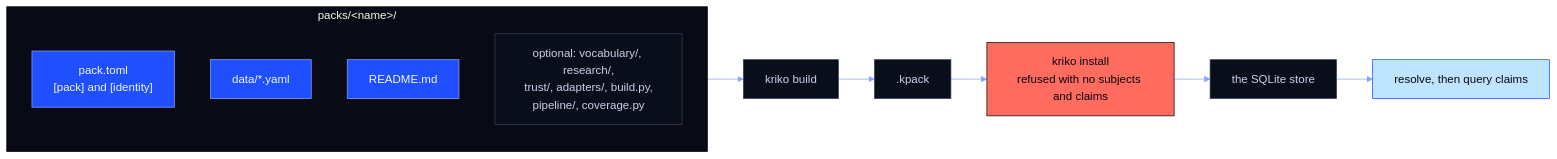
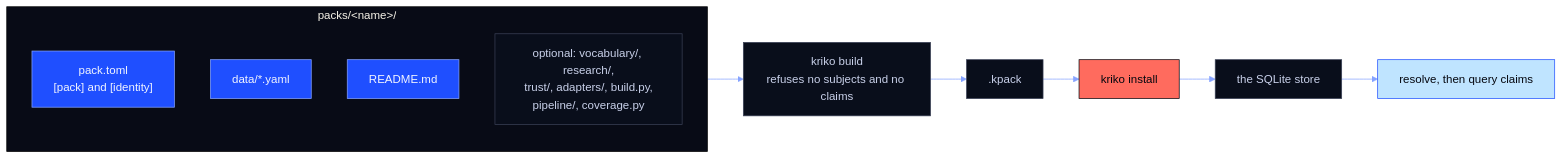
The diagram in docs/PACK_CONTRACT.md (Berbadov/kriko), drawn with Mermaid before and after one commit. The commit also changed other lines of this file and 10 other files, not shown here.

````diff
--- a/docs/PACK_CONTRACT.md
+++ b/docs/PACK_CONTRACT.md
@@ -18,25 +18,25 @@
 ```mermaid
 %%{init: {"theme":"base","themeVariables":{"fontFamily":"ui-monospace, SFMono-Regular, Consolas, monospace","primaryColor":"#090E1B","primaryTextColor":"#F2F5FF","primaryBorderColor":"#1F4FFF","lineColor":"#86A3FF","secondaryColor":"#1739C2","tertiaryColor":"#080B16","noteBkgColor":"#BFE4FF","noteTextColor":"#05070F","actorBkg":"#090E1B","actorTextColor":"#F2F5FF","actorBorder":"#1F4FFF","signalColor":"#86A3FF","signalTextColor":"#86A3FF"}}}%%
 flowchart LR
     subgraph DIR["packs/#lt;name#gt;/"]
         direction TB
         TOML["pack.toml<br/>[pack] and [identity]"]
         DATA["data/*.yaml"]
         README["README.md"]
         OPT["optional: vocabulary/, research/,<br/>trust/, adapters/, build.py,<br/>pipeline/, coverage.py"]
     end
-    DIR --> BUILD["kriko build"]
+    DIR --> BUILD["kriko build<br/>refuses no subjects and no claims"]
     BUILD --> KPACK[".kpack"]
-    KPACK --> INSTALL["kriko install<br/>refused with no subjects and claims"]
+    KPACK --> INSTALL["kriko install"]
     INSTALL --> STORE["the SQLite store"]
     STORE --> LOOKUP["resolve, then query claims"]
 
     classDef brand  fill:#1F4FFF,stroke:#86A3FF,color:#F2F5FF
     classDef plain  fill:#090E1B,stroke:#3A4156,color:#C9D1EA
     classDef ice    fill:#BFE4FF,stroke:#1F4FFF,color:#05070F
     classDef danger fill:#FF6B5E,stroke:#05070F,color:#05070F
     class TOML,DATA,README brand
     class OPT,BUILD,KPACK,STORE plain
     class INSTALL danger
     class LOOKUP ice
 ```
````
